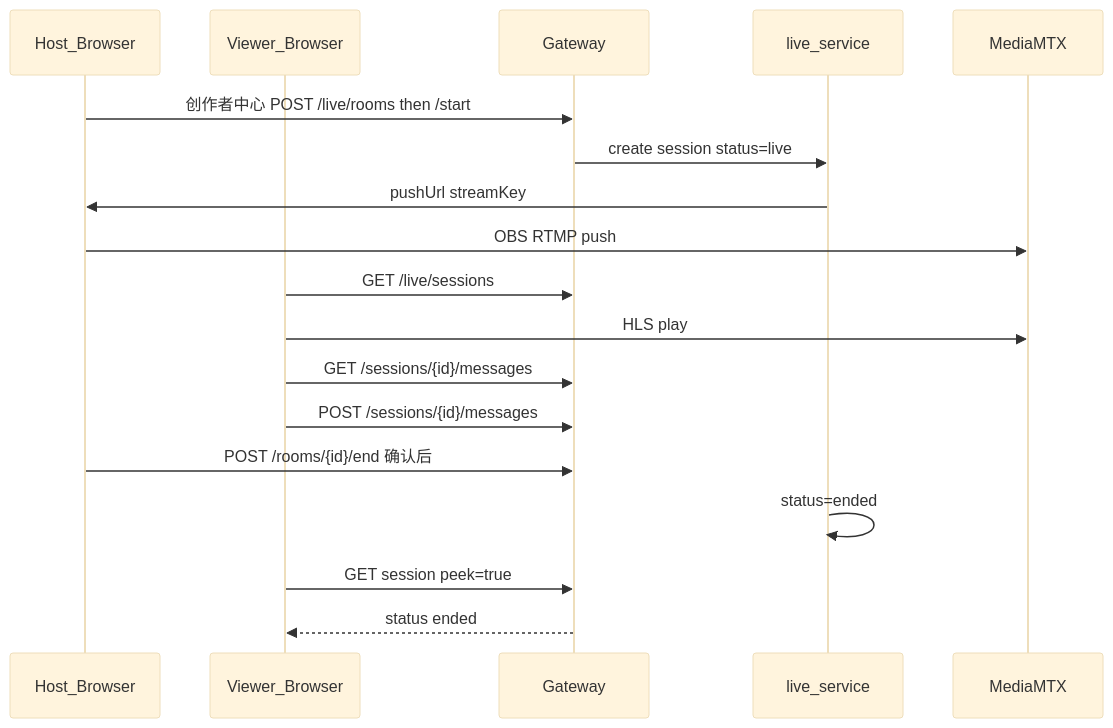
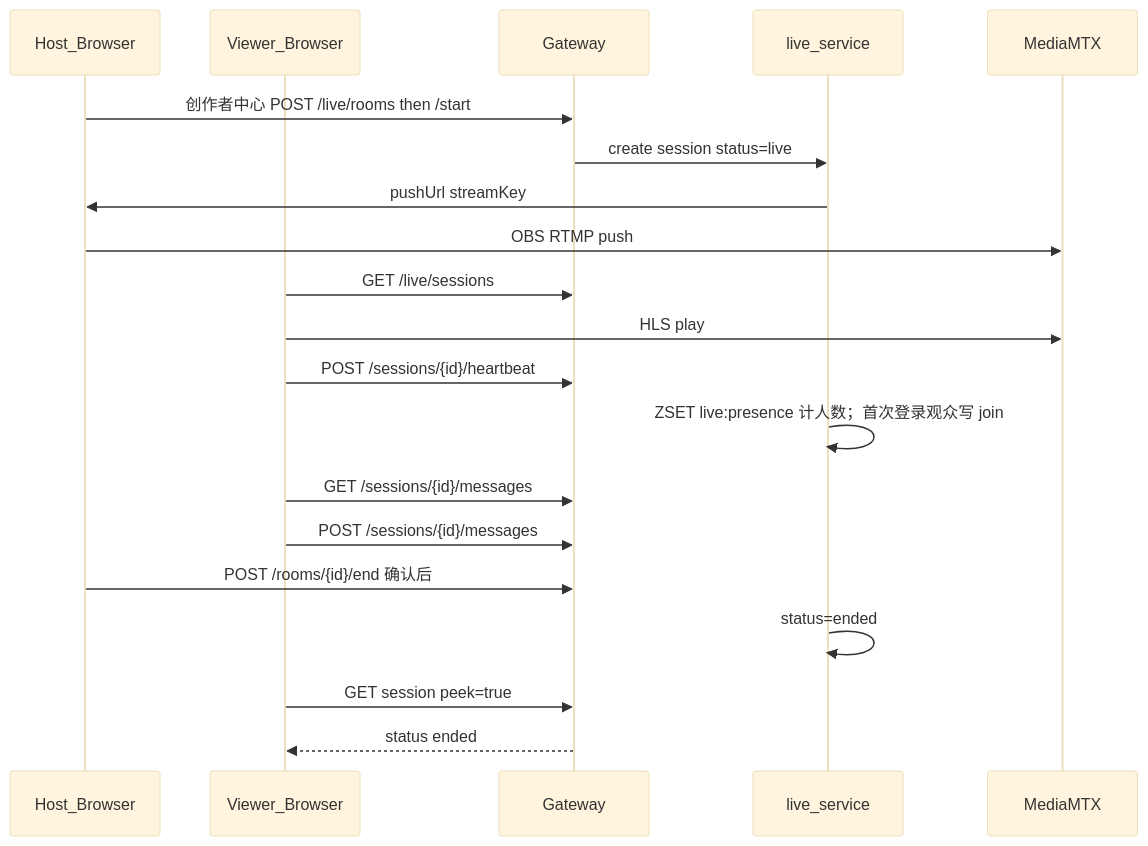
One commit to Yangleduo00337788/OnePage changed diagram 12 of 13 in agi-work-space/src/content/engineering/tech/diagrams.md. Above: the diagram before and after it, drawn with Mermaid (base theme). The commit also changed 15 other files, not shown here.

````diff
--- a/agi-work-space/src/content/engineering/tech/diagrams.md
+++ b/agi-work-space/src/content/engineering/tech/diagrams.md
@@ -331,21 +331,23 @@
 ```mermaid
 sequenceDiagram
   participant Host as Host_Browser
   participant View as Viewer_Browser
   participant G as Gateway
   participant L as live_service
   participant MTX as MediaMTX
 
   Host->>G: 创作者中心 POST /live/rooms then /start
   G->>L: create session status=live
   L->>Host: pushUrl streamKey
   Host->>MTX: OBS RTMP push
   View->>G: GET /live/sessions
   View->>MTX: HLS play
+  View->>G: POST /sessions/{id}/heartbeat
+  L->>L: ZSET live:presence 计人数；首次登录观众写 join
   View->>G: GET /sessions/{id}/messages
   View->>G: POST /sessions/{id}/messages
   Host->>G: POST /rooms/{id}/end 确认后
   L->>L: status=ended
   View->>G: GET session peek=true
   G-->>View: status ended
 ```
````
